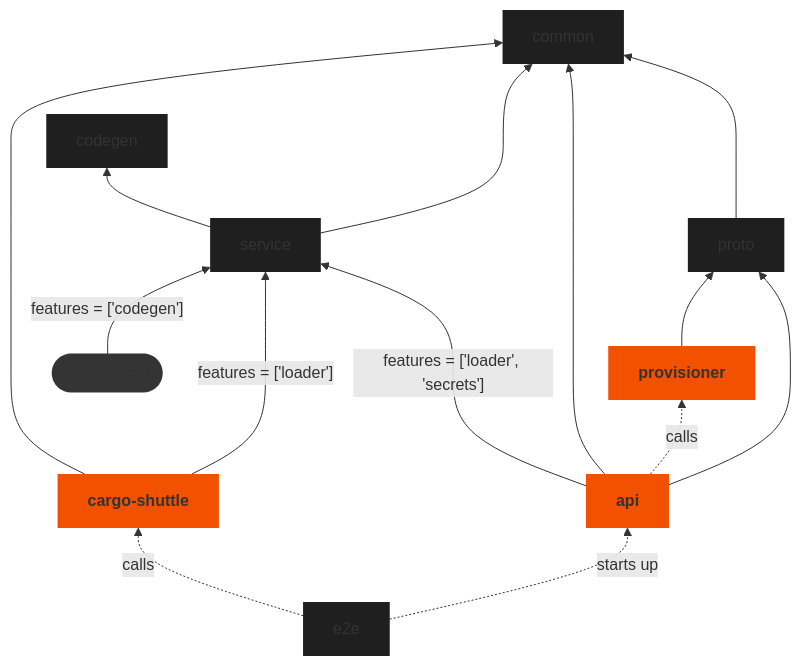
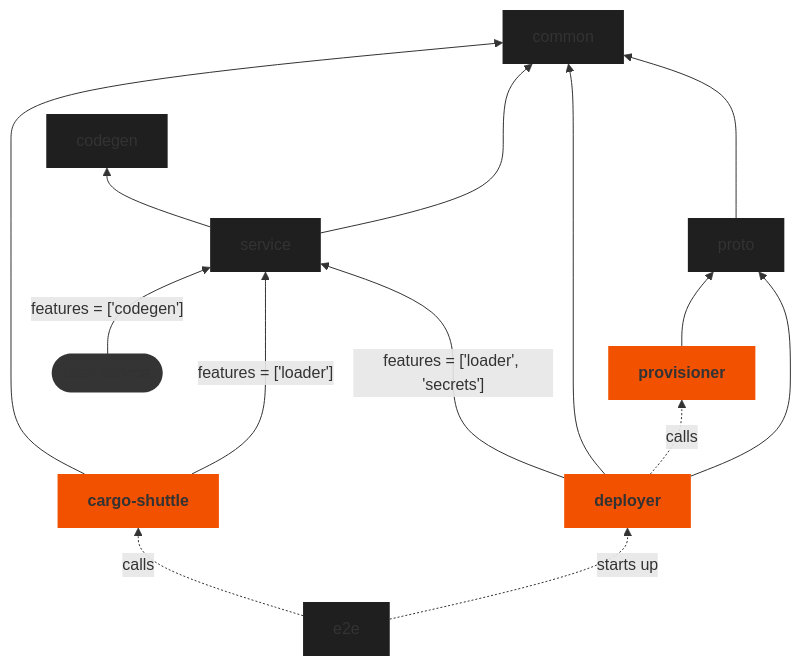
The diagram in CONTRIBUTING.md (shuttle-hq/shuttle), drawn with Mermaid before and after one commit. The commit also changed other lines of this file and 5 other files, not shown here.

Commit message:
refactor: rename `project` to `service` in deployer

````diff
--- a/CONTRIBUTING.md
+++ b/CONTRIBUTING.md
@@ -104,29 +104,29 @@
 ```mermaid
 graph BT
     classDef default fill:#1f1f1f,stroke-width:0;
     classDef binary fill:#f25100,font-weight:bold,stroke-width:0;
     classDef external fill:#343434,font-style:italic,stroke:#f25100;
 
-    api:::binary
+    deployer:::binary
     cargo-shuttle:::binary
     common
     codegen
     e2e
     proto
     provisioner:::binary
     service
     user([user service]):::external
-    api --> proto
-    api -.->|calls| provisioner
+    deployer --> proto
+    deployer -.->|calls| provisioner
     service ---> common
-    api --> common
+    deployer --> common
     cargo-shuttle --->|"features = ['loader']"| service
-    api -->|"features = ['loader', 'secrets']"| service
+    deployer -->|"features = ['loader', 'secrets']"| service
     cargo-shuttle --> common
     service --> codegen
     proto ---> common
     provisioner --> proto
-    e2e -.->|starts up| api
+    e2e -.->|starts up| deployer
     e2e -.->|calls| cargo-shuttle
     user -->|"features = ['codegen']"| service
 ```
````
